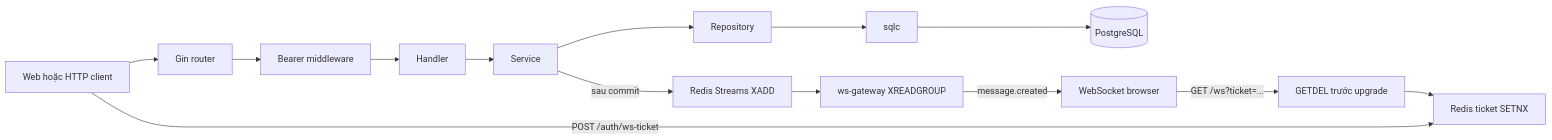
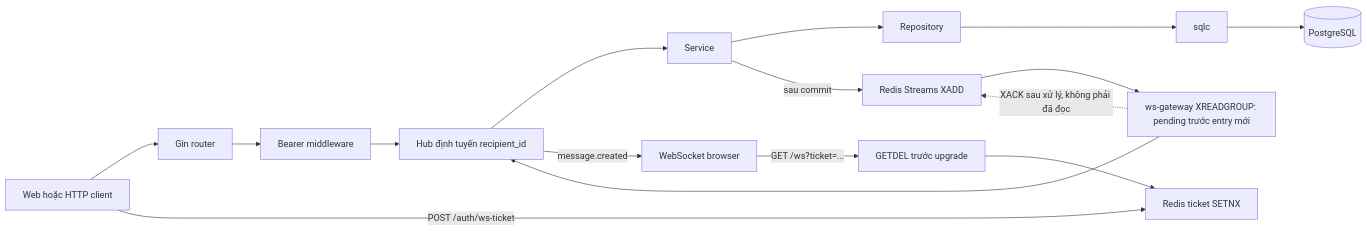
Before and after one commit to daoquocdai/chat-api: the diagram in docs/request-flow.md, drawn with Mermaid. The commit also changed other lines of this file and 20 other files, not shown here.

````diff
--- a/docs/request-flow.md
+++ b/docs/request-flow.md
@@ -14,16 +14,18 @@
 ```mermaid
 flowchart LR
     C[Web hoặc HTTP client] --> R[Gin router]
     R --> M[Bearer middleware]
     M --> H[Handler]
     H --> S[Service]
     S --> P[Repository]
     P --> Q[sqlc]
     Q --> DB[(PostgreSQL)]
     S -->|sau commit| X[Redis Streams XADD]
-    X --> G[ws-gateway XREADGROUP]
-    G -->|message.created| W[WebSocket browser]
+    X --> G[ws-gateway XREADGROUP: pending trước entry mới]
+    G --> H[Hub định tuyến recipient_id]
+    H -->|message.created| W[WebSocket browser]
+    G -.->|XACK sau xử lý, không phải đã đọc| X
     C -->|POST /auth/ws-ticket| T[Redis ticket SETNX]
     W -->|GET /ws?ticket=...| U[GETDEL trước upgrade]
     U --> T
 ```
````
